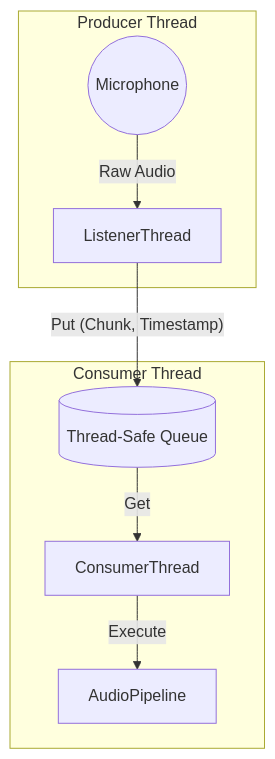
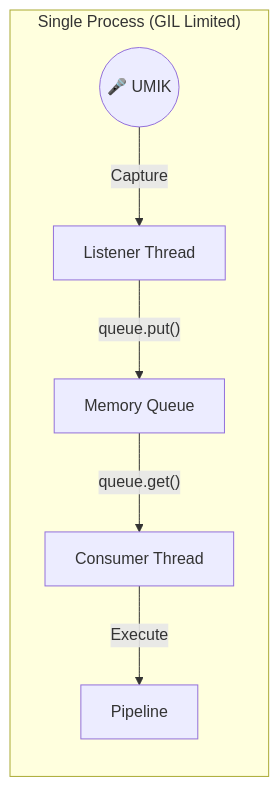
The first of 3 diagrams in docs/ARCHITECTURE.md (danielfcollier/py-umik-base-app), drawn with Mermaid before and after one commit. The commit also changed other lines of this file and 4 other files, not shown here.

````diff
--- a/docs/ARCHITECTURE.md
+++ b/docs/ARCHITECTURE.md
@@ -23,13 +30,9 @@
 ```mermaid
-graph TD
-    subgraph "Producer Thread"
-        Hardware((Microphone)) -->|Raw Audio| Listener[ListenerThread]
-    end
-
-    Listener -- "Put (Chunk, Timestamp)" --> Queue[("Thread-Safe Queue")]
-
-    subgraph "Consumer Thread"
-        Queue -->|Get| Consumer[ConsumerThread]
-        Consumer -->|Execute| AudioPipeline[AudioPipeline]
+graph LR
+    subgraph "Single Process (GIL Limited)"
+        Mic((🎤 UMIK)) -->|Capture| L[Listener Thread]
+        L -->|"queue.put()"| Q[Memory Queue]
+        Q -->|"queue.get()"| C[Consumer Thread]
+        C -->|Execute| P[Pipeline]
     end
 ```
````
